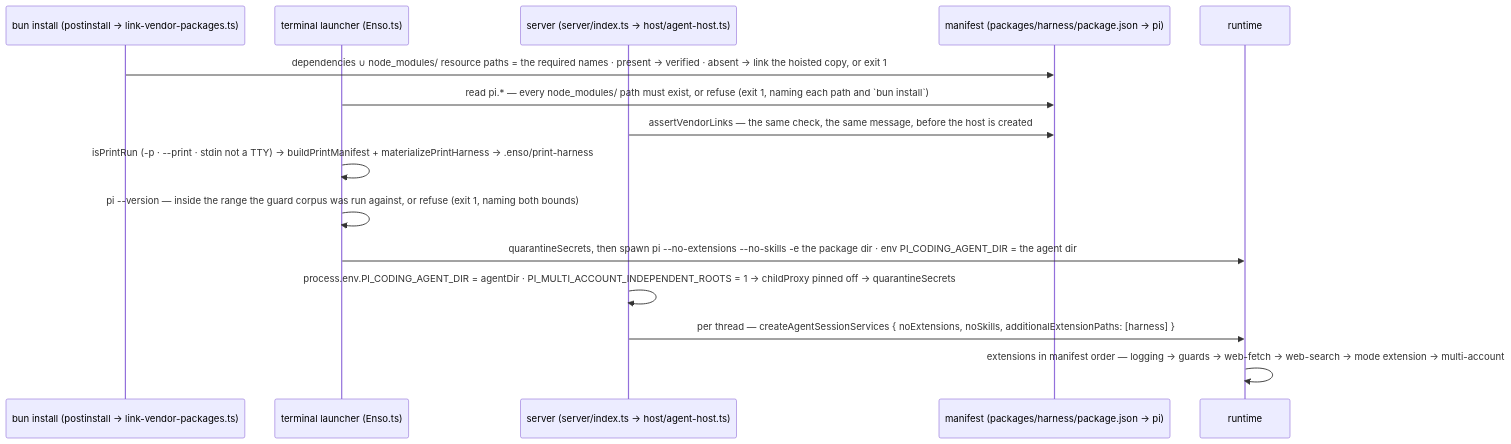
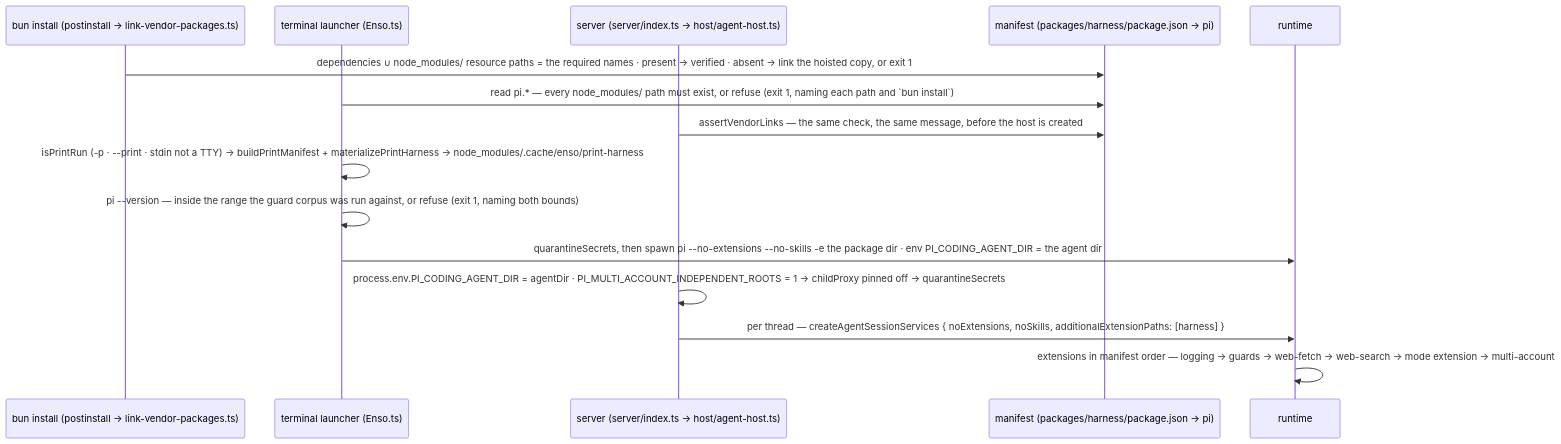
One commit to dopamine911/enso-harness changed the diagram in docs/flows/boot-and-launchers.md. Above: the diagram before and after it, drawn with Mermaid. The commit also changed other lines of this file and 34 other files, not shown here.

````diff
--- a/docs/flows/boot-and-launchers.md
+++ b/docs/flows/boot-and-launchers.md
@@ -11,18 +11,18 @@
 ```mermaid
 sequenceDiagram
   participant I as bun install (postinstall → link-vendor-packages.ts)
   participant Z as terminal launcher (Enso.ts)
   participant S as server (server/index.ts → host/agent-host.ts)
   participant M as manifest (packages/harness/package.json → pi)
   participant R as runtime
 
   I->>M: dependencies ∪ node_modules/ resource paths = the required names · present → verified · absent → link the hoisted copy, or exit 1
   Z->>M: read pi.* — every node_modules/ path must exist, or refuse (exit 1, naming each path and `bun install`)
   S->>M: assertVendorLinks — the same check, the same message, before the host is created
-  Z->>Z: isPrintRun (-p · --print · stdin not a TTY) → buildPrintManifest + materializePrintHarness → .enso/print-harness
+  Z->>Z: isPrintRun (-p · --print · stdin not a TTY) → buildPrintManifest + materializePrintHarness → node_modules/.cache/enso/print-harness
   Z->>Z: pi --version — inside the range the guard corpus was run against, or refuse (exit 1, naming both bounds)
   Z->>R: quarantineSecrets, then spawn pi --no-extensions --no-skills -e the package dir · env PI_CODING_AGENT_DIR = the agent dir
   S->>S: process.env.PI_CODING_AGENT_DIR = agentDir · PI_MULTI_ACCOUNT_INDEPENDENT_ROOTS = 1 → childProxy pinned off → quarantineSecrets
   S->>R: per thread — createAgentSessionServices { noExtensions, noSkills, additionalExtensionPaths: [harness] }
   R->>R: extensions in manifest order — logging → guards → web-fetch → web-search → mode extension → multi-account
 ```
````
